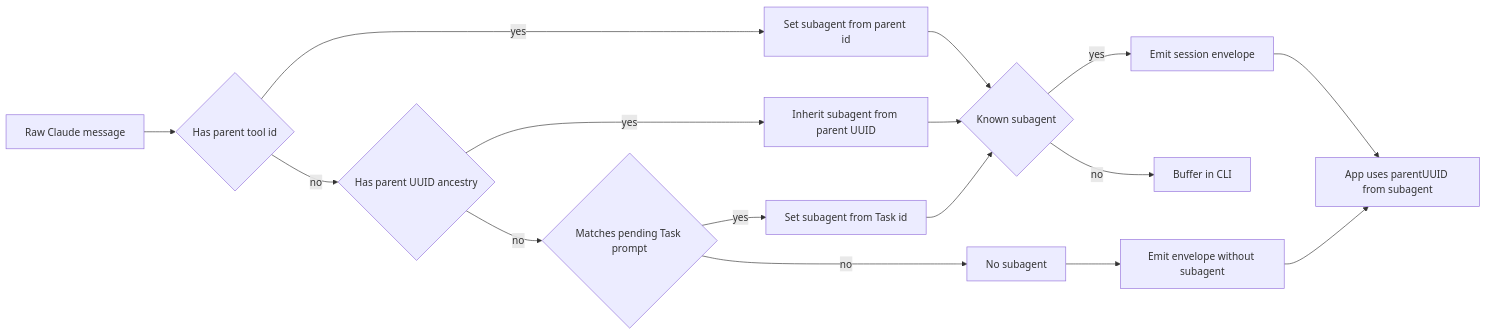
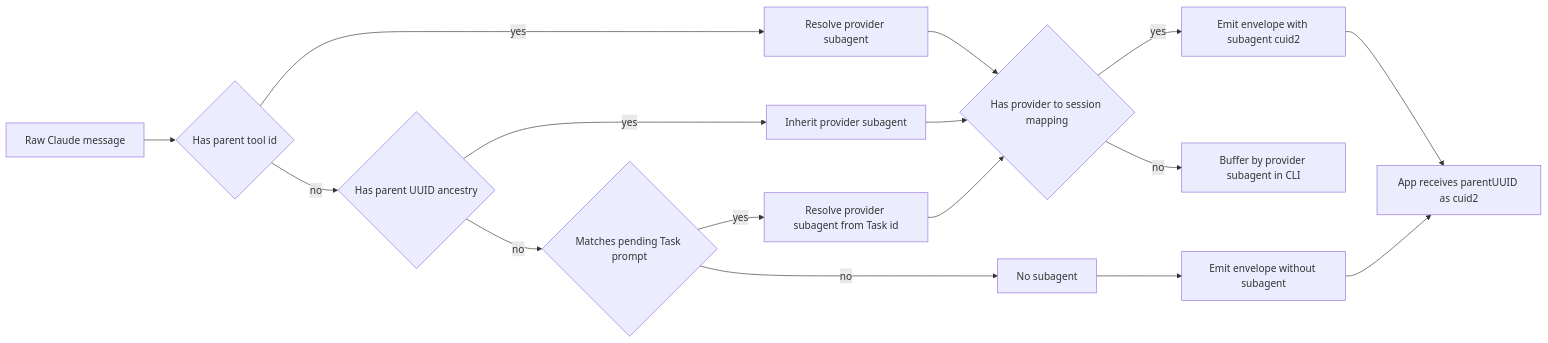
Before and after one commit to Yugoge/happy: the third of 5 diagrams in docs/session-protocol-claude.md, drawn with Mermaid. The commit also changed other lines of this file and 11 other files, not shown here.

Commit message:
Implement cuid2 session protocol IDs across adapters

````diff
--- a/docs/session-protocol-claude.md
+++ b/docs/session-protocol-claude.md
@@ -301,18 +306,18 @@
 ```mermaid
 flowchart LR
     A[Raw Claude message] --> B{Has parent tool id}
-    B -- yes --> C[Set subagent from parent id]
+    B -- yes --> C[Resolve provider subagent]
     B -- no --> D{Has parent UUID ancestry}
-    D -- yes --> E[Inherit subagent from parent UUID]
+    D -- yes --> E[Inherit provider subagent]
     D -- no --> F{Matches pending Task prompt}
-    F -- yes --> G[Set subagent from Task id]
+    F -- yes --> G[Resolve provider subagent from Task id]
     F -- no --> H[No subagent]
-    C --> I{Known subagent}
+    C --> I{Has provider to session mapping}
     E --> I
     G --> I
     H --> M[Emit envelope without subagent]
-    I -- no --> J[Buffer in CLI]
-    I -- yes --> K[Emit session envelope]
-    K --> L[App uses parentUUID from subagent]
+    I -- no --> J[Buffer by provider subagent in CLI]
+    I -- yes --> K[Emit envelope with subagent cuid2]
+    K --> L[App receives parentUUID as cuid2]
     M --> L
 ```
````
